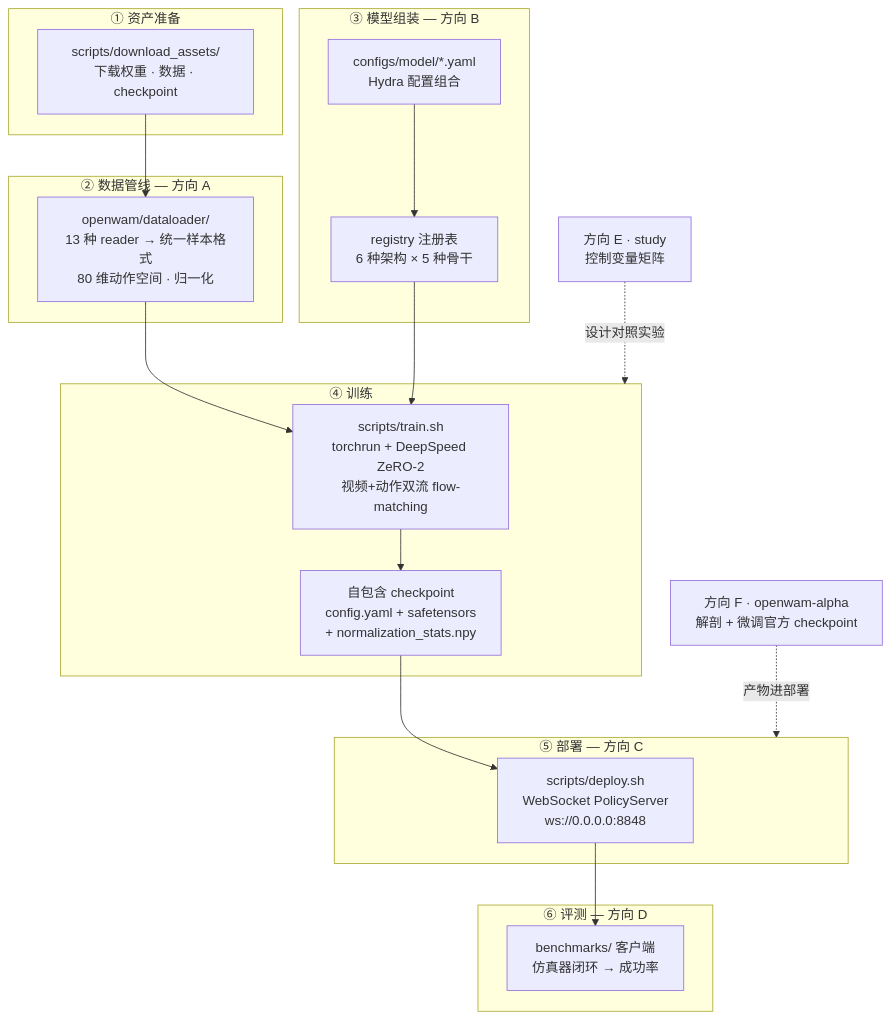
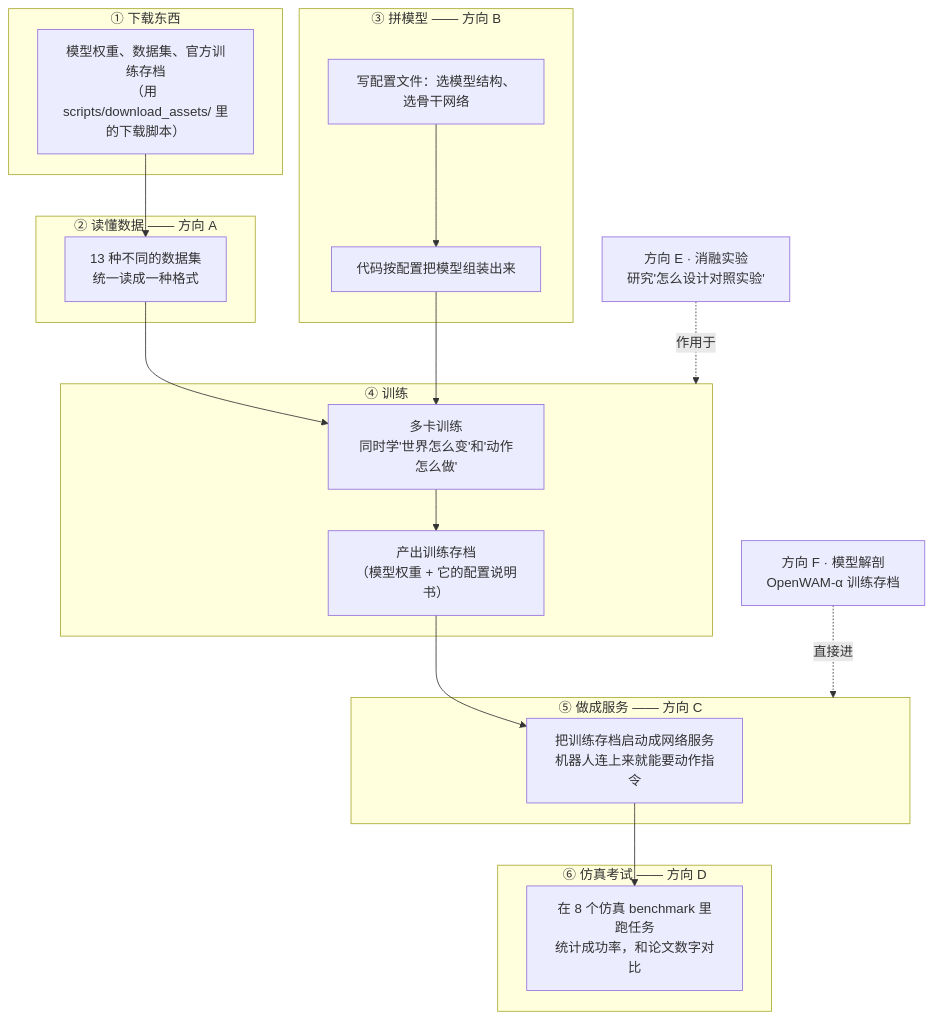
One commit to sasasatori/kaiyuan changed the diagram in OpenWAM调研方向分配与任务书.md. Above: the diagram before and after it, drawn with Mermaid. The commit also changed other lines of this file and 14 other files, not shown here.

````diff
--- a/OpenWAM调研方向分配与任务书.md
+++ b/OpenWAM调研方向分配与任务书.md
@@ -56,30 +25,30 @@
 ```mermaid
 flowchart TD
-    subgraph S1["① 资产准备"]
-        DL["scripts/download_assets/<br/>下载权重 · 数据 · checkpoint"]
+    subgraph S1["① 下载东西"]
+        DL["模型权重、数据集、官方训练存档<br/>（用 scripts/download_assets/ 里的下载脚本）"]
     end
-    subgraph S2["② 数据管线 — 方向 A"]
-        DS["openwam/dataloader/<br/>13 种 reader → 统一样本格式<br/>80 维动作空间 · 归一化"]
+    subgraph S2["② 读懂数据 —— 方向 A"]
+        DS["13 种不同的数据集<br/>统一读成一种格式"]
     end
-    subgraph S3["③ 模型组装 — 方向 B"]
-        CFG["configs/model/*.yaml<br/>Hydra 配置组合"]
-        REG["registry 注册表<br/>6 种架构 × 5 种骨干"]
+    subgraph S3["③ 拼模型 —— 方向 B"]
+        CFG["写配置文件：选模型结构、选骨干网络"]
+        REG["代码按配置把模型组装出来"]
         CFG --> REG
     end
     subgraph S4["④ 训练"]
-        TR["scripts/train.sh<br/>torchrun + DeepSpeed ZeRO-2<br/>视频+动作双流 flow-matching"]
-        CKPT["自包含 checkpoint<br/>config.yaml + safetensors<br/>+ normalization_stats.npy"]
+        TR["多卡训练<br/>同时学'世界怎么变'和'动作怎么做'"]
+        CKPT["产出训练存档<br/>（模型权重 + 它的配置说明书）"]
         TR --> CKPT
     end
-    subgraph S5["⑤ 部署 — 方向 C"]
-        SRV["scripts/deploy.sh<br/>WebSocket PolicyServer<br/>ws://0.0.0.0:8848"]
+    subgraph S5["⑤ 做成服务 —— 方向 C"]
+        SRV["把训练存档启动成网络服务<br/>机器人连上来就能要动作指令"]
     end
-    subgraph S6["⑥ 评测 — 方向 D"]
-        EV["benchmarks/ 客户端<br/>仿真器闭环 → 成功率"]
+    subgraph S6["⑥ 仿真考试 —— 方向 D"]
+        EV["在 8 个仿真 benchmark 里跑任务<br/>统计成功率，和论文数字对比"]
     end
     DL --> DS --> TR
     REG --> TR
     CKPT --> SRV --> EV
-    SE["方向 E · study<br/>控制变量矩阵"] -. 设计对照实验 .-> S4
-    AL["方向 F · openwam-alpha<br/>解剖 + 微调官方 checkpoint"] -. 产物进部署 .-> S5
+    SE["方向 E · 消融实验<br/>研究'怎么设计对照实验'"] -. 作用于 .-> S4
+    AL["方向 F · 模型解剖<br/>OpenWAM-α 训练存档"] -. 直接进 .-> S5
 ```
````
